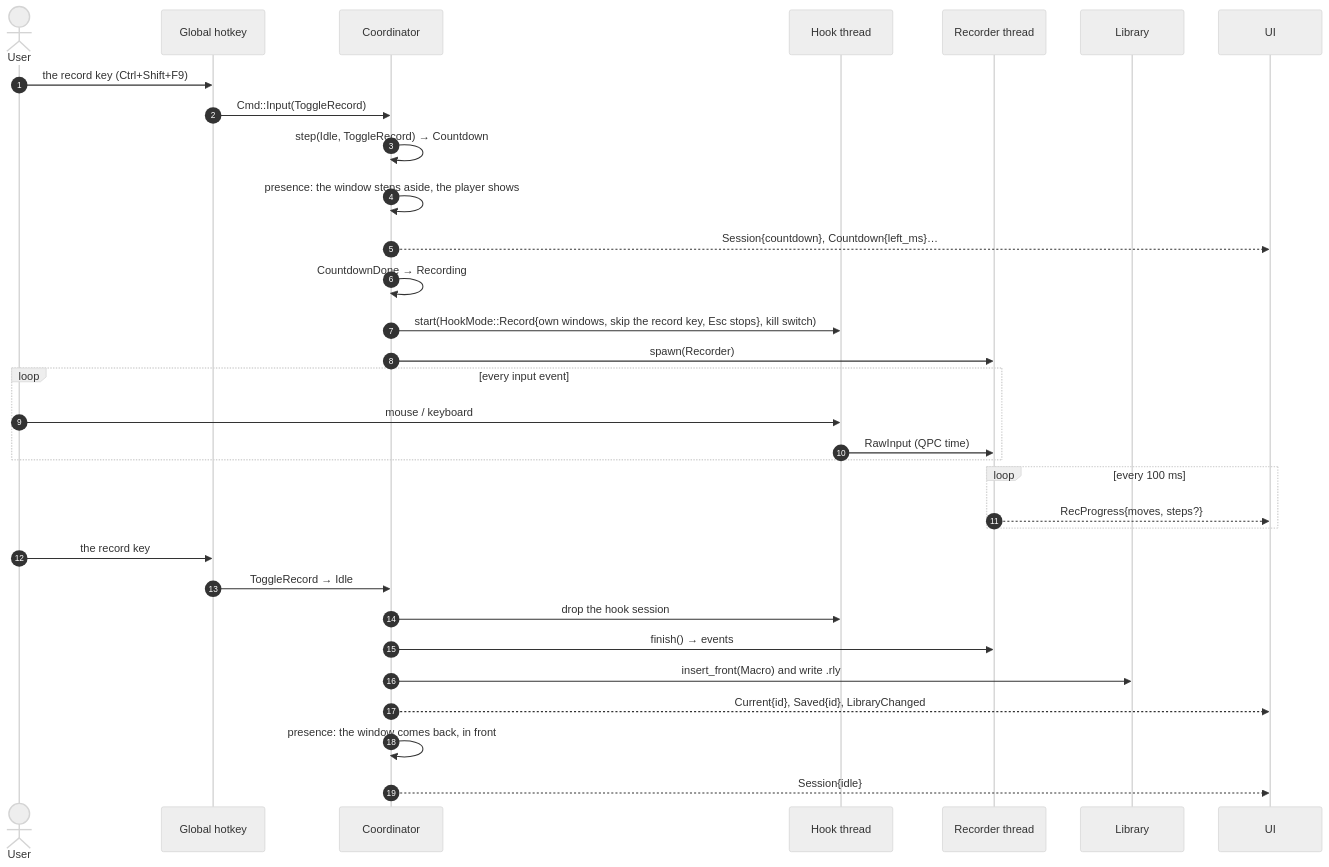
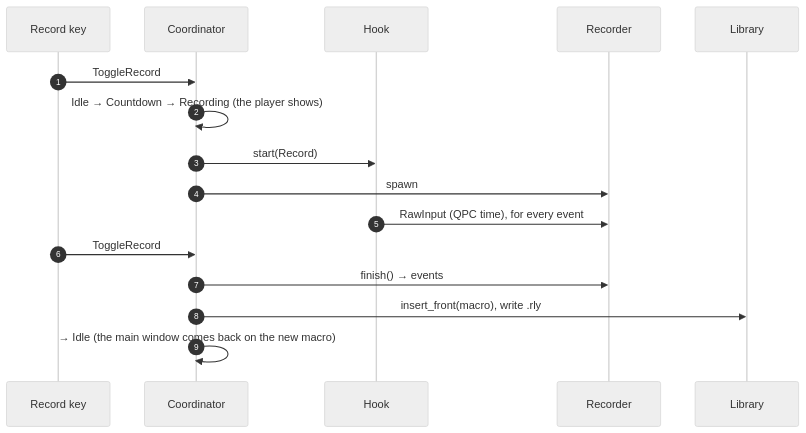
One commit to HappyRave/Relay changed the third of 6 diagrams in docs/engineering/architecture.md. Above: the diagram before and after it, drawn with Mermaid (neutral theme). The commit also changed other lines of this file and 3 other files, not shown here.

First line of the commit message:
docs(engineering): architecture, core, platform and app, rewritten short

````diff
--- a/docs/engineering/architecture.md
+++ b/docs/engineering/architecture.md
@@ -107,35 +70,18 @@
 ```mermaid
 sequenceDiagram
     autonumber
-    actor U as User
-    participant HK as Global hotkey
+    participant HK as Record key
     participant C as Coordinator
-    participant H as Hook thread
-    participant R as Recorder thread
+    participant H as Hook
+    participant R as Recorder
     participant L as Library
-    participant UI
-
-    U->>HK: the record key (Ctrl+Shift+F9)
-    HK->>C: Cmd::Input(ToggleRecord)
-    C->>C: step(Idle, ToggleRecord) → Countdown
-    C->>C: presence: the window steps aside, the player shows
-    C-->>UI: Session{countdown}, Countdown{left_ms}…
-    C->>C: CountdownDone → Recording
-    C->>H: start(HookMode::Record{own windows, skip the record key, Esc stops}, kill switch)
-    C->>R: spawn(Recorder)
-    loop every input event
-        U->>H: mouse / keyboard
-        H->>R: RawInput (QPC time)
-    end
-    loop every 100 ms
-        R-->>UI: RecProgress{moves, steps?}
-    end
-    U->>HK: the record key
-    HK->>C: ToggleRecord → Idle
-    C->>H: drop the hook session
+    HK->>C: ToggleRecord
+    C->>C: Idle → Countdown → Recording (the player shows)
+    C->>H: start(Record)
+    C->>R: spawn
+    H->>R: RawInput (QPC time), for every event
+    HK->>C: ToggleRecord
     C->>R: finish() → events
-    C->>L: insert_front(Macro) and write .rly
-    C-->>UI: Current{id}, Saved{id}, LibraryChanged
-    C->>C: presence: the window comes back, in front
-    C-->>UI: Session{idle}
+    C->>L: insert_front(macro), write .rly
+    C->>C: → Idle (the main window comes back on the new macro)
 ```
````
